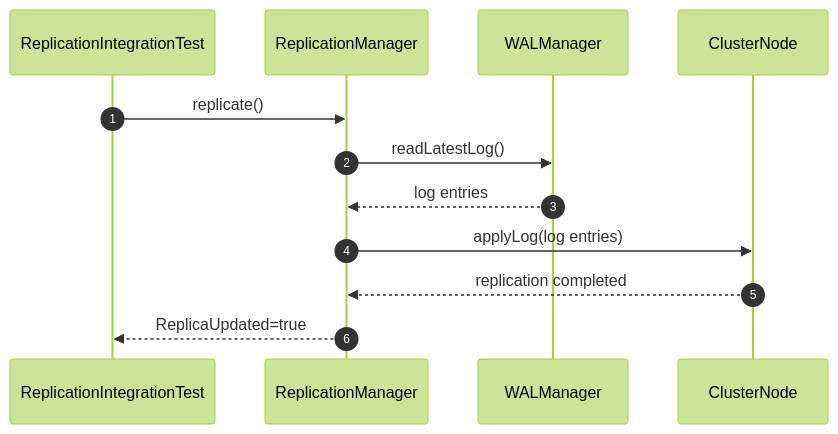
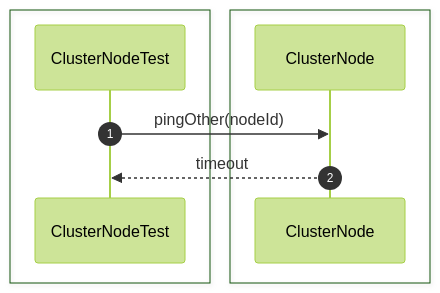
Diagram 17 of 26 in src/sequence/replication.md (Huy1801214/dbms-architecture), drawn with Mermaid (forest theme) before and after one commit. The commit also changed other lines of this file and 10 other files, not shown here.

Commit message:
add comprehensive sequence diagrams and documentation for system architecture and unit testing specifications

````diff
--- a/src/sequence/replication.md
+++ b/src/sequence/replication.md
@@ -144,20 +301,14 @@
 ```mermaid
 sequenceDiagram
     autonumber
-    participant Test as ReplicationIntegrationTest
-    participant Replication as ReplicationManager
-    participant WAL as WALManager
+
+    box #e1f5fe Test Suite
+    participant Test as ClusterNodeTest
+    end
+    box #ffebee Replication Components
     participant Node as ClusterNode
+    end
 
-    Test->>Replication: replicate()
-
-    Replication->>WAL: readLatestLog()
-
-    WAL-->>Replication: log entries
-
-    Replication->>Node: applyLog(log entries)
-
-    Node-->>Replication: replication completed
-
-    Replication-->>Test: ReplicaUpdated=true
+    Test->>Node: pingOther(nodeId)
+    Node-->>Test: timeout
 ```
````
